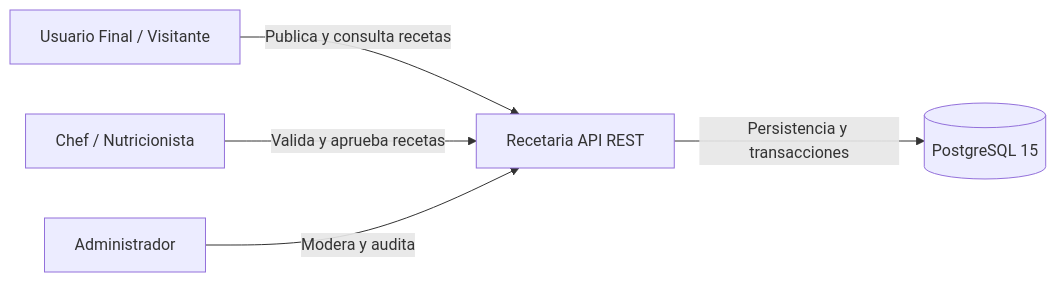
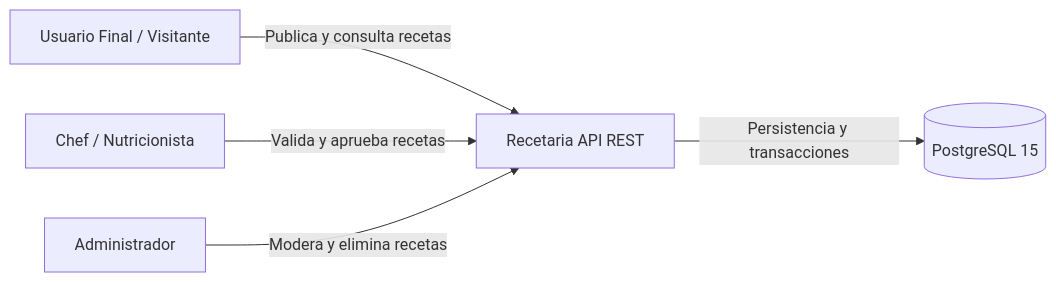
Before and after one commit to zgfnicolas/recetaria: the first of 2 diagrams in docs/sad.md, drawn with Mermaid. The commit also changed other lines of this file and 13 other files, not shown here.

````diff
--- a/docs/sad.md
+++ b/docs/sad.md
@@ -15,7 +15,7 @@
 ```mermaid
 flowchart LR
   User[Usuario Final / Visitante] -->|Publica y consulta recetas| API[Recetaria API REST]
   Prof[Chef / Nutricionista] -->|Valida y aprueba recetas| API
-  Admin[Administrador] -->|Modera y audita| API
+  Admin[Administrador] -->|Modera y elimina recetas| API
   API -->|Persistencia y transacciones| DB[(PostgreSQL 15)]
 ```
````
